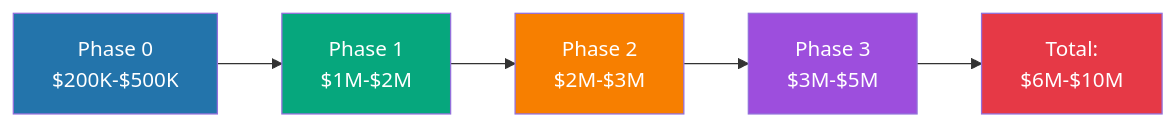
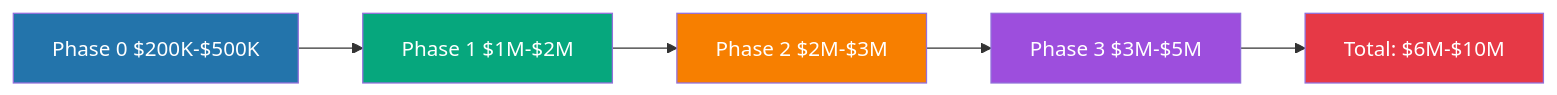
One commit to szemkoff/LAFRES changed the second of 2 diagrams in website/docs/roadmap/overview.md. Above: the diagram before and after it, drawn with Mermaid. The commit also changed 7 other files, not shown here.

First line of the commit message:
Fix Mermaid diagram syntax - remove br tags

````diff
--- a/website/docs/roadmap/overview.md
+++ b/website/docs/roadmap/overview.md
@@ -77,13 +77,13 @@
 ```mermaid
 graph LR
-    A[Phase 0<br/>$200K-$500K] --> B[Phase 1<br/>$1M-$2M]
-    B --> C[Phase 2<br/>$2M-$3M]
-    C --> D[Phase 3<br/>$3M-$5M]
-    D --> E[Total:<br/>$6M-$10M]
+    A[Phase 0 $200K-$500K] --> B[Phase 1 $1M-$2M]
+    B --> C[Phase 2 $2M-$3M]
+    C --> D[Phase 3 $3M-$5M]
+    D --> E[Total: $6M-$10M]
     
     style A fill:#2374ab,color:#fff
     style B fill:#06a77d,color:#fff
     style C fill:#f77f00,color:#fff
     style D fill:#9d4edd,color:#fff
     style E fill:#e63946,color:#fff
 ```
````
